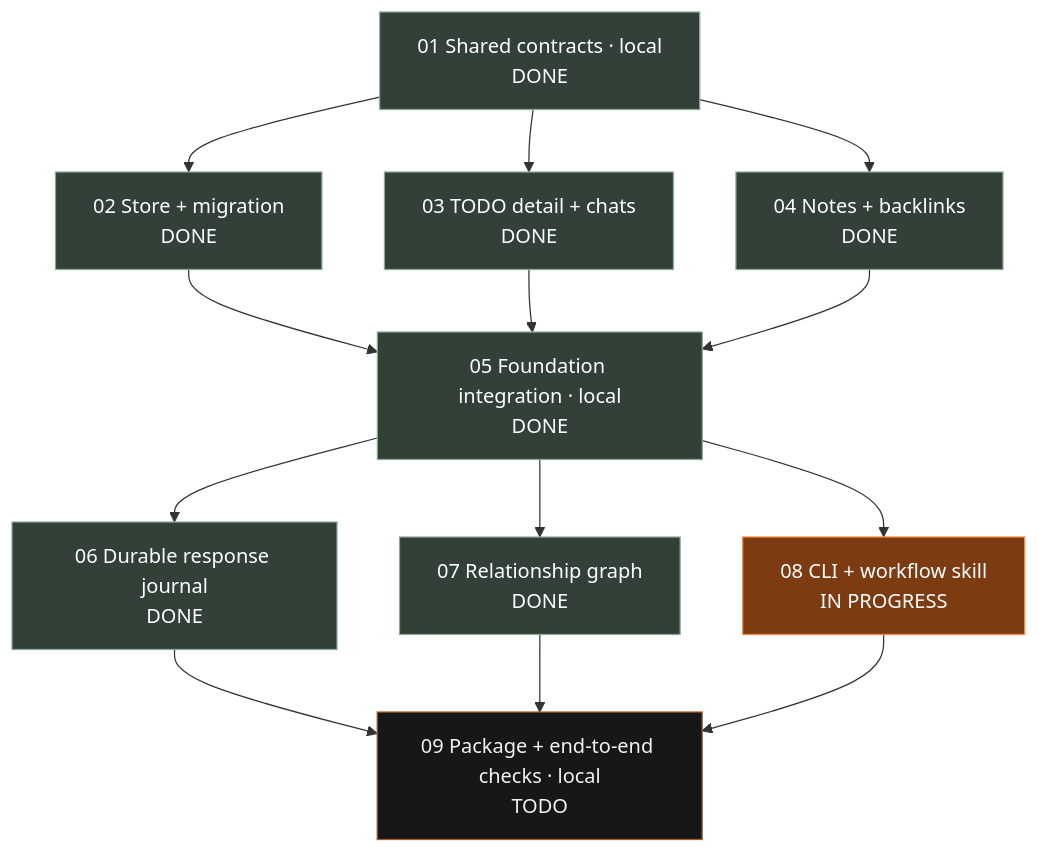
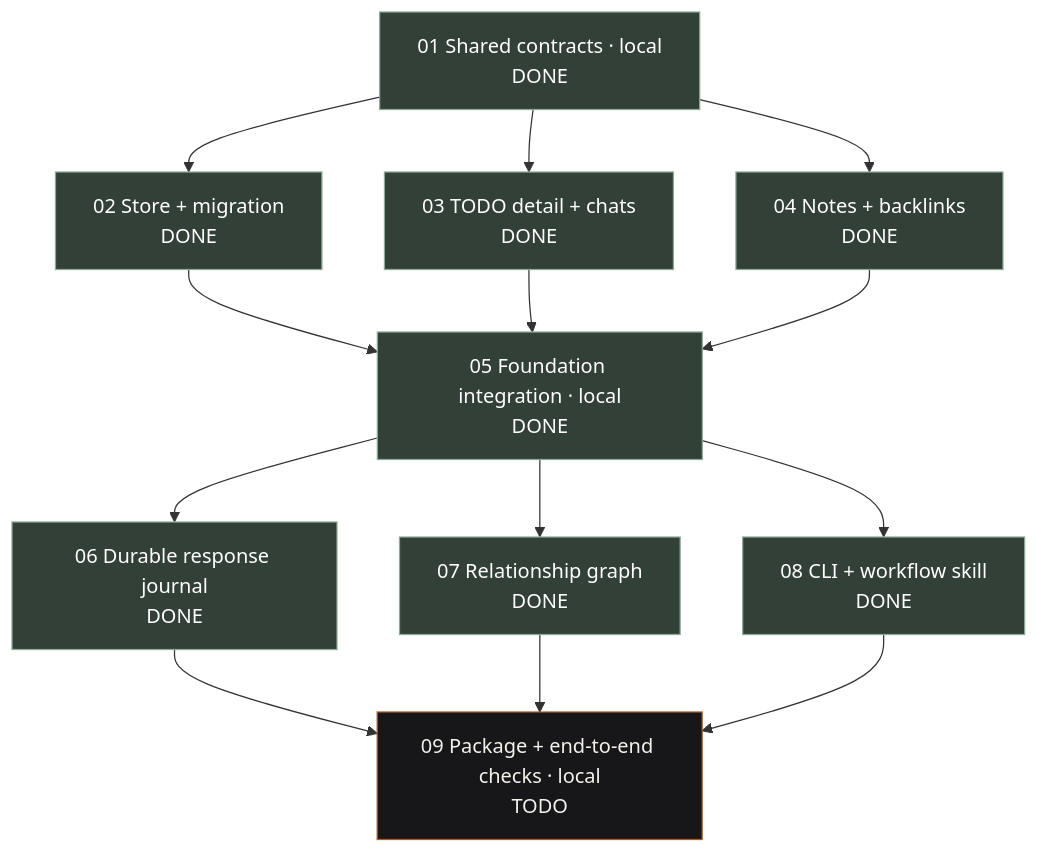
The diagram in docs/plans/linked-work/00-overview.md (vatsalsaglani/Cider), drawn with Mermaid before and after one commit. The commit also changed other lines of this file, not shown here.

Commit message:
Record verified CLI lane integration

````diff
--- a/docs/plans/linked-work/00-overview.md
+++ b/docs/plans/linked-work/00-overview.md
@@ -38,27 +38,27 @@
 ```mermaid
 flowchart TD
     P01["01 Shared contracts · local<br/>DONE"]:::done
     P02["02 Store + migration<br/>DONE"]:::done
     P03["03 TODO detail + chats<br/>DONE"]:::done
     P04["04 Notes + backlinks<br/>DONE"]:::done
     P05["05 Foundation integration · local<br/>DONE"]:::done
     P06["06 Durable response journal<br/>DONE"]:::done
     P07["07 Relationship graph<br/>DONE"]:::done
-    P08["08 CLI + workflow skill<br/>IN PROGRESS"]:::inprogress
+    P08["08 CLI + workflow skill<br/>DONE"]:::done
     P09["09 Package + end-to-end checks · local<br/>TODO"]:::todo
     P01 --> P02
     P01 --> P03
     P01 --> P04
     P02 --> P05
     P03 --> P05
     P04 --> P05
     P05 --> P06
     P05 --> P07
     P05 --> P08
     P06 --> P09
     P07 --> P09
     P08 --> P09
     classDef todo fill:#171719,color:#f5f2eb,stroke:#a45d2e
     classDef inprogress fill:#7d3b12,color:#fff,stroke:#ff8b38
     classDef done fill:#324038,color:#fff,stroke:#8ca996
 ```
````
